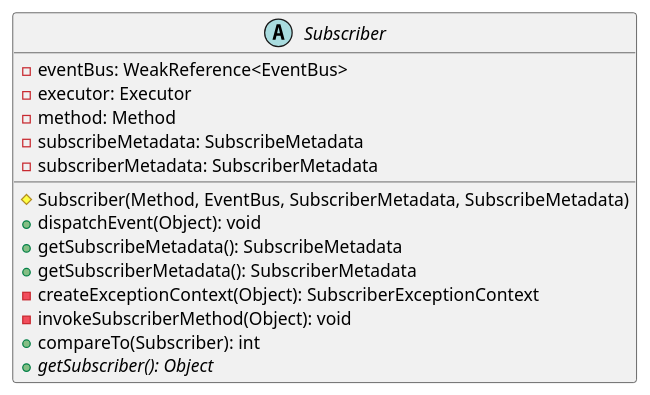
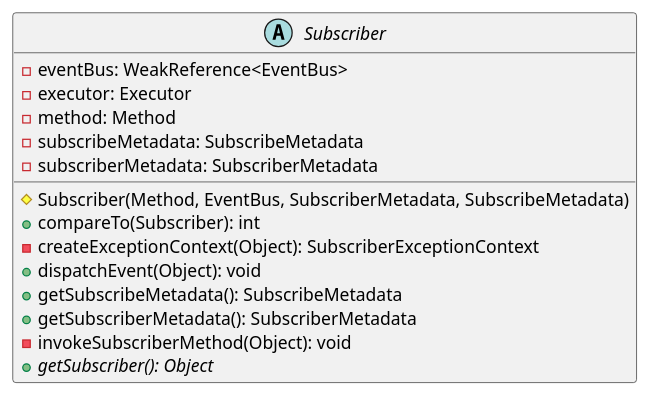
The diagram in malokhvii-eduard/malokhvii05/doc/plantuml/ua/khpi/oop/malokhvii05/common/eventbus/subscribe/Subscriber.puml (P-Kalin/kit26a), drawn with PlantUML before and after one commit. The commit also changed other lines of this file and 85 other files, not shown here.

Commit message:
#3 malokhvii05: update graphs

```diff
--- a/malokhvii-eduard/malokhvii05/doc/plantuml/ua/khpi/oop/malokhvii05/common/eventbus/subscribe/Subscriber.puml
+++ b/malokhvii-eduard/malokhvii05/doc/plantuml/ua/khpi/oop/malokhvii05/common/eventbus/subscribe/Subscriber.puml
@@ -1,19 +1,19 @@
 @startuml
 
     abstract class Subscriber {
         -eventBus: WeakReference<EventBus>
         -executor: Executor
         -method: Method
         -subscribeMetadata: SubscribeMetadata
         -subscriberMetadata: SubscriberMetadata
         #Subscriber(Method, EventBus, SubscriberMetadata, SubscribeMetadata)
+        +compareTo(Subscriber): int
+        -createExceptionContext(Object): SubscriberExceptionContext
         +dispatchEvent(Object): void
         +getSubscribeMetadata(): SubscribeMetadata
         +getSubscriberMetadata(): SubscriberMetadata
-        -createExceptionContext(Object): SubscriberExceptionContext
         -invokeSubscriberMethod(Object): void
-        +compareTo(Subscriber): int
         {abstract} +getSubscriber(): Object
     }
 
 @enduml
```
